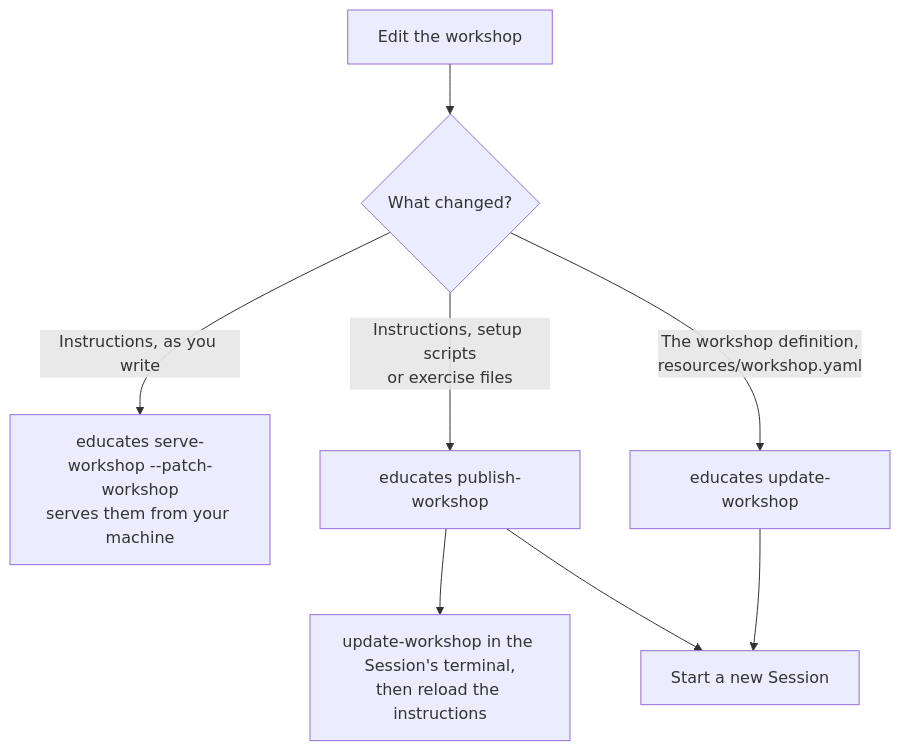
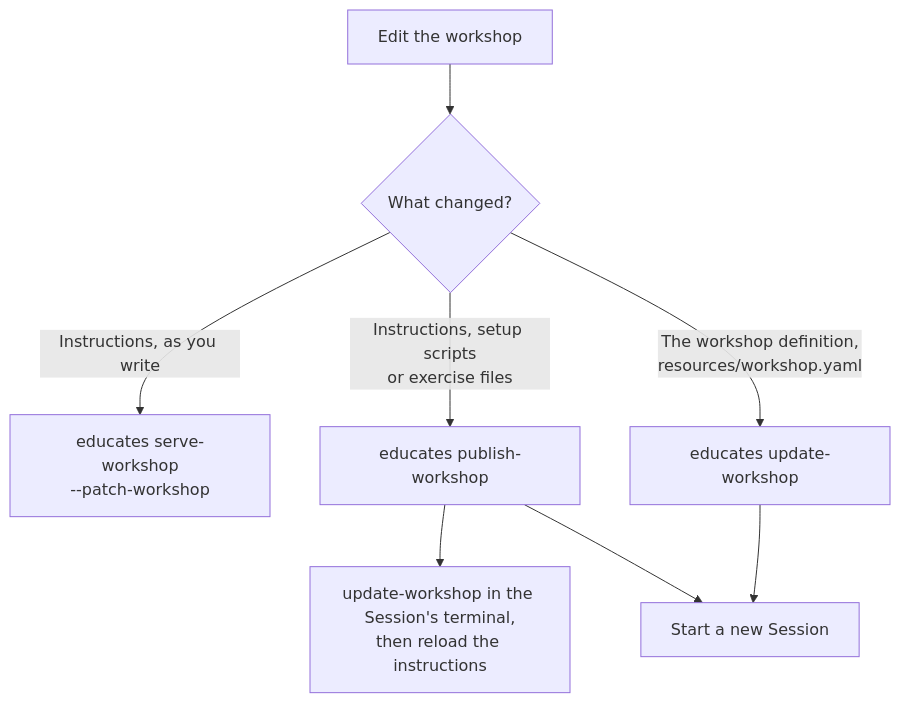
One commit to educates/educates.github.io changed the third of 3 diagrams in src/content/about/workflows.md. Above: the diagram before and after it, drawn with Mermaid. The commit also changed other lines of this file and 2 other files, not shown here.

Commit message:
docs: name the About diagrams and redraw the architecture diagram
Each diagram gets an accessible title and description. The architecture
diagram now shows two Sessions, each workshop pod in the workshop
environment's namespace and each Session's namespace beside it, without
crossing edges.

````diff
--- a/src/content/about/workflows.md
+++ b/src/content/about/workflows.md
@@ -128,10 +132,12 @@
 ```mermaid
 flowchart TD
+    accTitle: Changing a workshop
+    accDescr: For instructions you are writing, educates serve-workshop with the patch-workshop option serves them from your machine. For instructions, setup scripts or exercise files, run educates publish-workshop, then run update-workshop in the Session's terminal and reload the instructions, or start a new Session. For the workshop definition in resources/workshop.yaml, run educates update-workshop and start a new Session.
     edit["Edit the workshop"] --> what{"What changed?"}
-    what -- "Instructions, as you write" --> live["educates serve-workshop --patch-workshop<br>serves them from your machine"]
+    what -- "Instructions, as you write" --> live["educates serve-workshop<br>--patch-workshop"]
     what -- "Instructions, setup scripts<br>or exercise files" --> publish["educates publish-workshop"]
     publish --> update["update-workshop in the Session's terminal,<br>then reload the instructions"]
     publish --> fresh["Start a new Session"]
     what -- "The workshop definition,<br>resources/workshop.yaml" --> definition["educates update-workshop"]
     definition --> fresh
 ```
````
